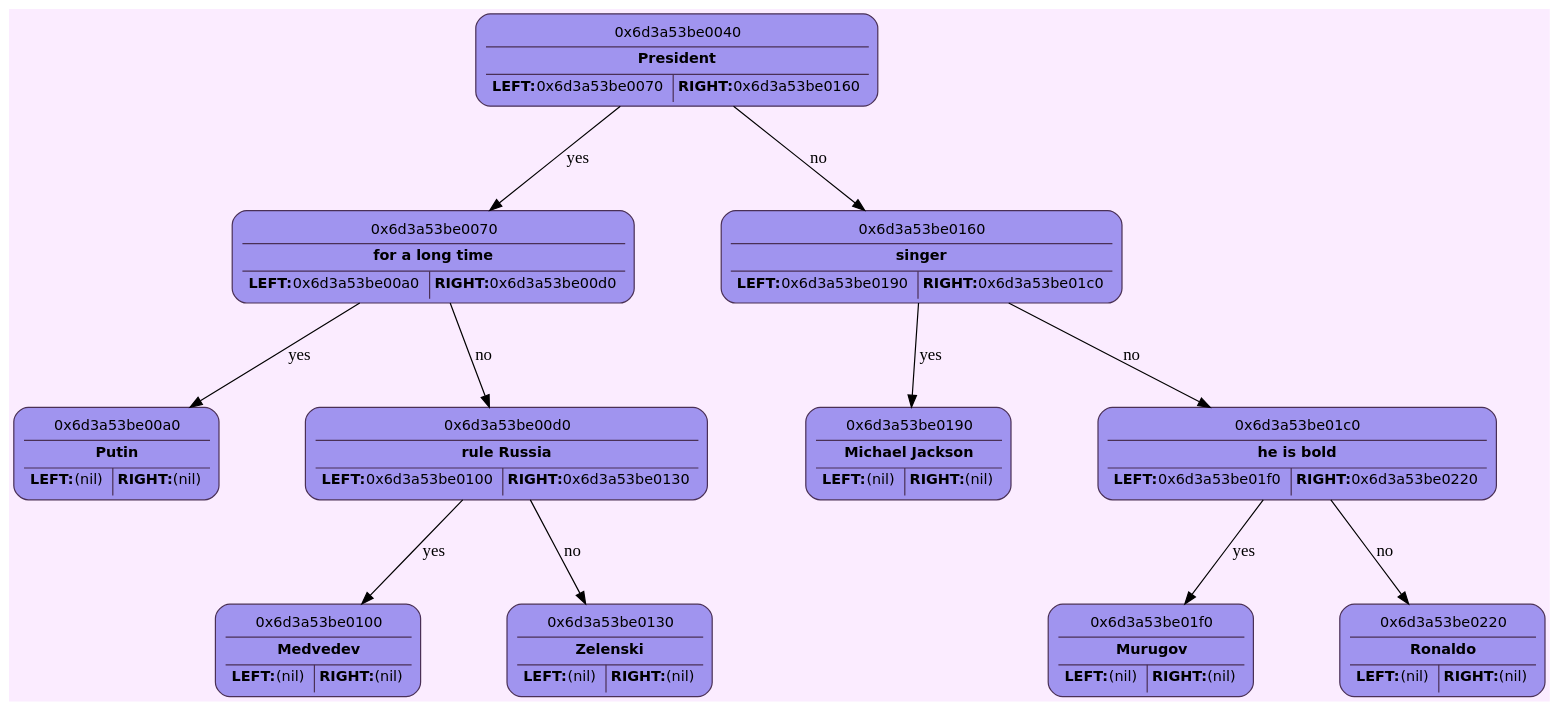
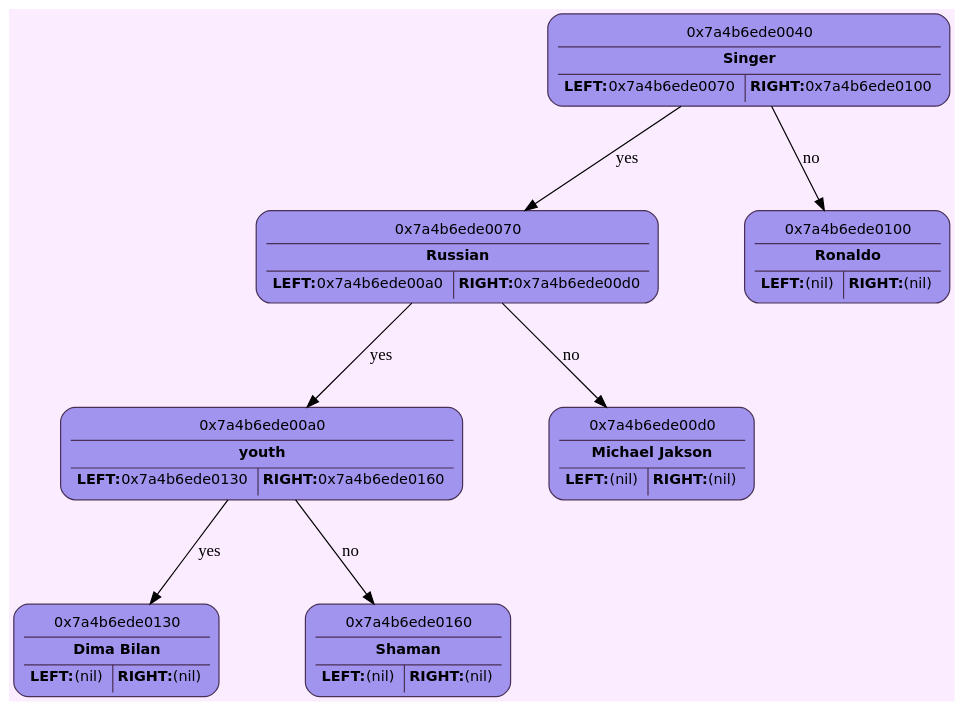
Before and after one commit to yahdranik/Akinator: the diagram in BIN_TREE/tree_graphiz.dot, drawn with Graphviz. The commit also changed 11 other files, not shown here.

```diff
--- a/BIN_TREE/tree_graphiz.dot
+++ b/BIN_TREE/tree_graphiz.dot
@@ -1,121 +1,81 @@
 /* Auto generate code */
 
 digraph G {
 bgcolor="#fbecff";
 forcelabels=true;
 ordering=out;
 nodesep=1.;
 ranksep=1.;
 node [fontsize=12, shape=box, style="filled, rounded", color="#4a3056", fontname="DejaVu Sans"];
 edge [labelfloat=false];
 
-n0x6d3a53be0040 [fillcolor="#a094ef", label=<<table border="0" cellborder="0" cellspacing="0" cellpadding="4">
-<tr>  <td colspan="2" border="1" sides="b">0x6d3a53be0040</td>
+n0x7a4b6ede0040 [fillcolor="#a094ef", label=<<table border="0" cellborder="0" cellspacing="0" cellpadding="4">
+<tr>  <td colspan="2" border="1" sides="b">0x7a4b6ede0040</td>
 </tr>
-<tr>  <td colspan="2" border="1" sides="b"><b>President</b></td>
+<tr>  <td colspan="2" border="1" sides="b"><b>Singer</b></td>
 </tr>
-<tr>  <td border="1" sides="r"><b>LEFT:</b> 0x6d3a53be0070</td>
-  <td><b>RIGHT:</b> 0x6d3a53be0160</td>
+<tr>  <td border="1" sides="r"><b>LEFT:</b> 0x7a4b6ede0070</td>
+  <td><b>RIGHT:</b> 0x7a4b6ede0100</td>
 </tr>
 </table>>];
-n0x6d3a53be0070 [fillcolor="#a094ef", label=<<table border="0" cellborder="0" cellspacing="0" cellpadding="4">
-<tr>  <td colspan="2" border="1" sides="b">0x6d3a53be0070</td>
+n0x7a4b6ede0070 [fillcolor="#a094ef", label=<<table border="0" cellborder="0" cellspacing="0" cellpadding="4">
+<tr>  <td colspan="2" border="1" sides="b">0x7a4b6ede0070</td>
 </tr>
-<tr>  <td colspan="2" border="1" sides="b"><b>for a long time</b></td>
+<tr>  <td colspan="2" border="1" sides="b"><b>Russian</b></td>
 </tr>
-<tr>  <td border="1" sides="r"><b>LEFT:</b> 0x6d3a53be00a0</td>
-  <td><b>RIGHT:</b> 0x6d3a53be00d0</td>
+<tr>  <td border="1" sides="r"><b>LEFT:</b> 0x7a4b6ede00a0</td>
+  <td><b>RIGHT:</b> 0x7a4b6ede00d0</td>
 </tr>
 </table>>];
-n0x6d3a53be00a0 [fillcolor="#a094ef", label=<<table border="0" cellborder="0" cellspacing="0" cellpadding="4">
-<tr>  <td colspan="2" border="1" sides="b">0x6d3a53be00a0</td>
+n0x7a4b6ede00a0 [fillcolor="#a094ef", label=<<table border="0" cellborder="0" cellspacing="0" cellpadding="4">
+<tr>  <td colspan="2" border="1" sides="b">0x7a4b6ede00a0</td>
 </tr>
-<tr>  <td colspan="2" border="1" sides="b"><b>Putin</b></td>
+<tr>  <td colspan="2" border="1" sides="b"><b>youth</b></td>
+</tr>
+<tr>  <td border="1" sides="r"><b>LEFT:</b> 0x7a4b6ede0130</td>
+  <td><b>RIGHT:</b> 0x7a4b6ede0160</td>
+</tr>
+</table>>];
+n0x7a4b6ede0130 [fillcolor="#a094ef", label=<<table border="0" cellborder="0" cellspacing="0" cellpadding="4">
+<tr>  <td colspan="2" border="1" sides="b">0x7a4b6ede0130</td>
+</tr>
+<tr>  <td colspan="2" border="1" sides="b"><b>Dima Bilan</b></td>
 </tr>
 <tr>  <td border="1" sides="r"><b>LEFT:</b> (nil)</td>
   <td><b>RIGHT:</b> (nil)</td>
 </tr>
 </table>>];
-n0x6d3a53be00d0 [fillcolor="#a094ef", label=<<table border="0" cellborder="0" cellspacing="0" cellpadding="4">
-<tr>  <td colspan="2" border="1" sides="b">0x6d3a53be00d0</td>
+n0x7a4b6ede0160 [fillcolor="#a094ef", label=<<table border="0" cellborder="0" cellspacing="0" cellpadding="4">
+<tr>  <td colspan="2" border="1" sides="b">0x7a4b6ede0160</td>
 </tr>
-<tr>  <td colspan="2" border="1" sides="b"><b>rule Russia</b></td>
-</tr>
-<tr>  <td border="1" sides="r"><b>LEFT:</b> 0x6d3a53be0100</td>
-  <td><b>RIGHT:</b> 0x6d3a53be0130</td>
-</tr>
-</table>>];
-n0x6d3a53be0100 [fillcolor="#a094ef", label=<<table border="0" cellborder="0" cellspacing="0" cellpadding="4">
-<tr>  <td colspan="2" border="1" sides="b">0x6d3a53be0100</td>
-</tr>
-<tr>  <td colspan="2" border="1" sides="b"><b>Medvedev</b></td>
+<tr>  <td colspan="2" border="1" sides="b"><b>Shaman</b></td>
 </tr>
 <tr>  <td border="1" sides="r"><b>LEFT:</b> (nil)</td>
   <td><b>RIGHT:</b> (nil)</td>
 </tr>
 </table>>];
-n0x6d3a53be0130 [fillcolor="#a094ef", label=<<table border="0" cellborder="0" cellspacing="0" cellpadding="4">
-<tr>  <td colspan="2" border="1" sides="b">0x6d3a53be0130</td>
+n0x7a4b6ede00a0 -> n0x7a4b6ede0130 [label = "yes"];
+n0x7a4b6ede00a0 -> n0x7a4b6ede0160 [label = "no"];
+n0x7a4b6ede00d0 [fillcolor="#a094ef", label=<<table border="0" cellborder="0" cellspacing="0" cellpadding="4">
+<tr>  <td colspan="2" border="1" sides="b">0x7a4b6ede00d0</td>
 </tr>
-<tr>  <td colspan="2" border="1" sides="b"><b>Zelenski</b></td>
+<tr>  <td colspan="2" border="1" sides="b"><b>Michael Jakson</b></td>
 </tr>
 <tr>  <td border="1" sides="r"><b>LEFT:</b> (nil)</td>
   <td><b>RIGHT:</b> (nil)</td>
 </tr>
 </table>>];
-n0x6d3a53be00d0 -> n0x6d3a53be0100 [label = "yes"];
-n0x6d3a53be00d0 -> n0x6d3a53be0130 [label = "no"];
-n0x6d3a53be0070 -> n0x6d3a53be00a0 [label = "yes"];
-n0x6d3a53be0070 -> n0x6d3a53be00d0 [label = "no"];
-n0x6d3a53be0160 [fillcolor="#a094ef", label=<<table border="0" cellborder="0" cellspacing="0" cellpadding="4">
-<tr>  <td colspan="2" border="1" sides="b">0x6d3a53be0160</td>
-</tr>
-<tr>  <td colspan="2" border="1" sides="b"><b>singer</b></td>
-</tr>
-<tr>  <td border="1" sides="r"><b>LEFT:</b> 0x6d3a53be0190</td>
-  <td><b>RIGHT:</b> 0x6d3a53be01c0</td>
-</tr>
-</table>>];
-n0x6d3a53be0190 [fillcolor="#a094ef", label=<<table border="0" cellborder="0" cellspacing="0" cellpadding="4">
-<tr>  <td colspan="2" border="1" sides="b">0x6d3a53be0190</td>
-</tr>
-<tr>  <td colspan="2" border="1" sides="b"><b>Michael Jackson</b></td>
-</tr>
-<tr>  <td border="1" sides="r"><b>LEFT:</b> (nil)</td>
-  <td><b>RIGHT:</b> (nil)</td>
-</tr>
-</table>>];
-n0x6d3a53be01c0 [fillcolor="#a094ef", label=<<table border="0" cellborder="0" cellspacing="0" cellpadding="4">
-<tr>  <td colspan="2" border="1" sides="b">0x6d3a53be01c0</td>
-</tr>
-<tr>  <td colspan="2" border="1" sides="b"><b>he is bold</b></td>
-</tr>
-<tr>  <td border="1" sides="r"><b>LEFT:</b> 0x6d3a53be01f0</td>
-  <td><b>RIGHT:</b> 0x6d3a53be0220</td>
-</tr>
-</table>>];
-n0x6d3a53be01f0 [fillcolor="#a094ef", label=<<table border="0" cellborder="0" cellspacing="0" cellpadding="4">
-<tr>  <td colspan="2" border="1" sides="b">0x6d3a53be01f0</td>
-</tr>
-<tr>  <td colspan="2" border="1" sides="b"><b>Murugov</b></td>
-</tr>
-<tr>  <td border="1" sides="r"><b>LEFT:</b> (nil)</td>
-  <td><b>RIGHT:</b> (nil)</td>
-</tr>
-</table>>];
-n0x6d3a53be0220 [fillcolor="#a094ef", label=<<table border="0" cellborder="0" cellspacing="0" cellpadding="4">
-<tr>  <td colspan="2" border="1" sides="b">0x6d3a53be0220</td>
+n0x7a4b6ede0070 -> n0x7a4b6ede00a0 [label = "yes"];
+n0x7a4b6ede0070 -> n0x7a4b6ede00d0 [label = "no"];
+n0x7a4b6ede0100 [fillcolor="#a094ef", label=<<table border="0" cellborder="0" cellspacing="0" cellpadding="4">
+<tr>  <td colspan="2" border="1" sides="b">0x7a4b6ede0100</td>
 </tr>
 <tr>  <td colspan="2" border="1" sides="b"><b>Ronaldo</b></td>
 </tr>
 <tr>  <td border="1" sides="r"><b>LEFT:</b> (nil)</td>
   <td><b>RIGHT:</b> (nil)</td>
 </tr>
 </table>>];
-n0x6d3a53be01c0 -> n0x6d3a53be01f0 [label = "yes"];
-n0x6d3a53be01c0 -> n0x6d3a53be0220 [label = "no"];
-n0x6d3a53be0160 -> n0x6d3a53be0190 [label = "yes"];
-n0x6d3a53be0160 -> n0x6d3a53be01c0 [label = "no"];
-n0x6d3a53be0040 -> n0x6d3a53be0070 [label = "yes"];
-n0x6d3a53be0040 -> n0x6d3a53be0160 [label = "no"];
+n0x7a4b6ede0040 -> n0x7a4b6ede0070 [label = "yes"];
+n0x7a4b6ede0040 -> n0x7a4b6ede0100 [label = "no"];
 }
```
